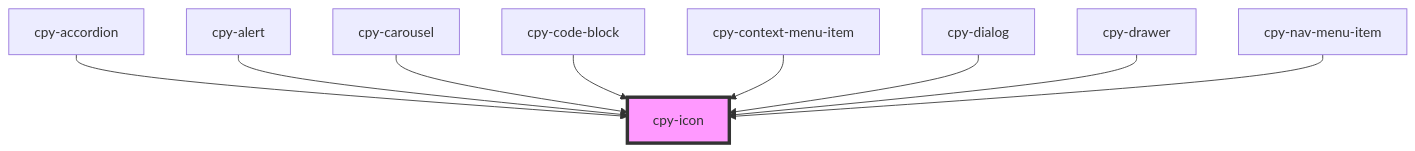
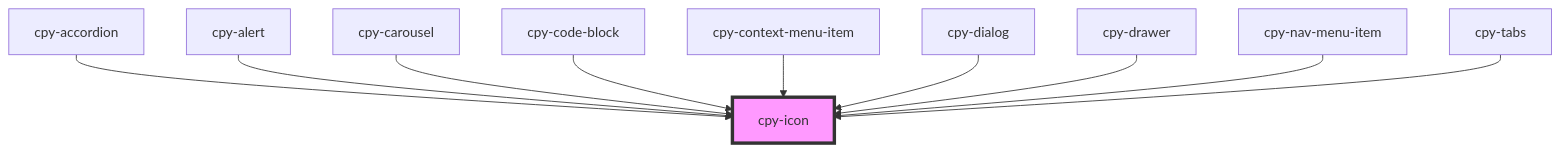
One commit to Lith1um/Canopy-Stencil changed the diagram in stencil-lib/src/components/icon/readme.md. Above: the diagram before and after it, drawn with Mermaid. The commit also changed other lines of this file and 11 other files, not shown here.

````diff
--- a/stencil-lib/src/components/icon/readme.md
+++ b/stencil-lib/src/components/icon/readme.md
@@ -22,12 +23,13 @@
 ```mermaid
 graph TD;
   cpy-accordion --> cpy-icon
   cpy-alert --> cpy-icon
   cpy-carousel --> cpy-icon
   cpy-code-block --> cpy-icon
   cpy-context-menu-item --> cpy-icon
   cpy-dialog --> cpy-icon
   cpy-drawer --> cpy-icon
   cpy-nav-menu-item --> cpy-icon
+  cpy-tabs --> cpy-icon
   style cpy-icon fill:#f9f,stroke:#333,stroke-width:4px
 ```
````
